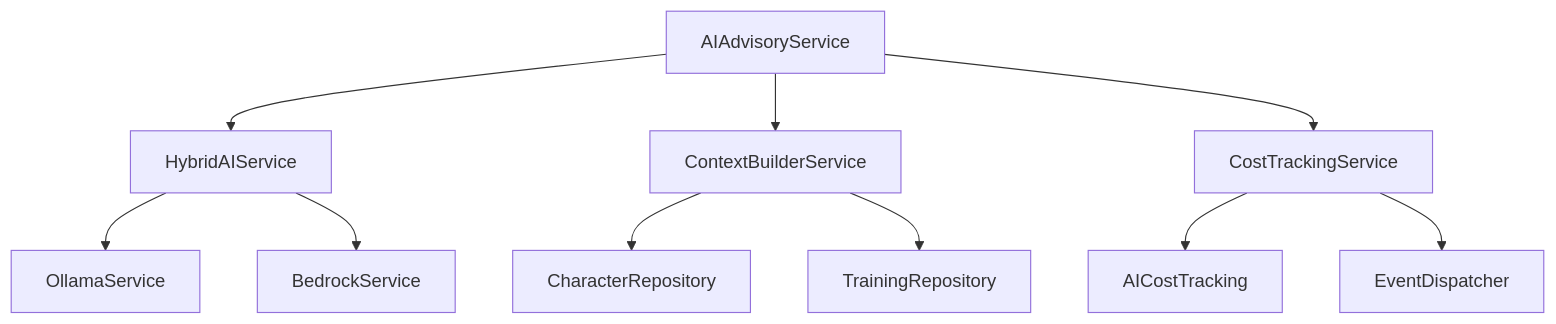
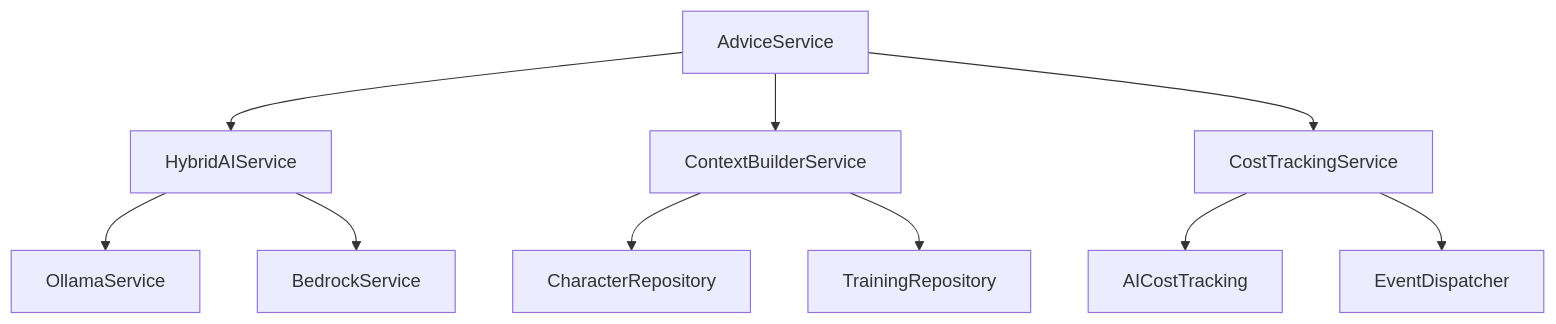
The eighth of 9 diagrams in docs/01-tech-flow/TECH-FLOW-006_AI_Advisory_Flow.md (exatfrds67/umamusume-career-planner), drawn with Mermaid before and after one commit. The commit also changed other lines of this file and 111 other files, not shown here.

````diff
--- a/docs/01-tech-flow/TECH-FLOW-006_AI_Advisory_Flow.md
+++ b/docs/01-tech-flow/TECH-FLOW-006_AI_Advisory_Flow.md
@@ -1241,15 +1241,15 @@
 ```mermaid
 flowchart TD
-    AIAdvisoryService --> HybridAIService
-    AIAdvisoryService --> ContextBuilderService
-    AIAdvisoryService --> CostTrackingService
+    AdviceService --> HybridAIService
+    AdviceService --> ContextBuilderService
+    AdviceService --> CostTrackingService
     
     HybridAIService --> OllamaService
     HybridAIService --> BedrockService
     
     ContextBuilderService --> CharacterRepository
     ContextBuilderService --> TrainingRepository
     
     CostTrackingService --> AICostTracking
     CostTrackingService --> EventDispatcher
 ```
````
